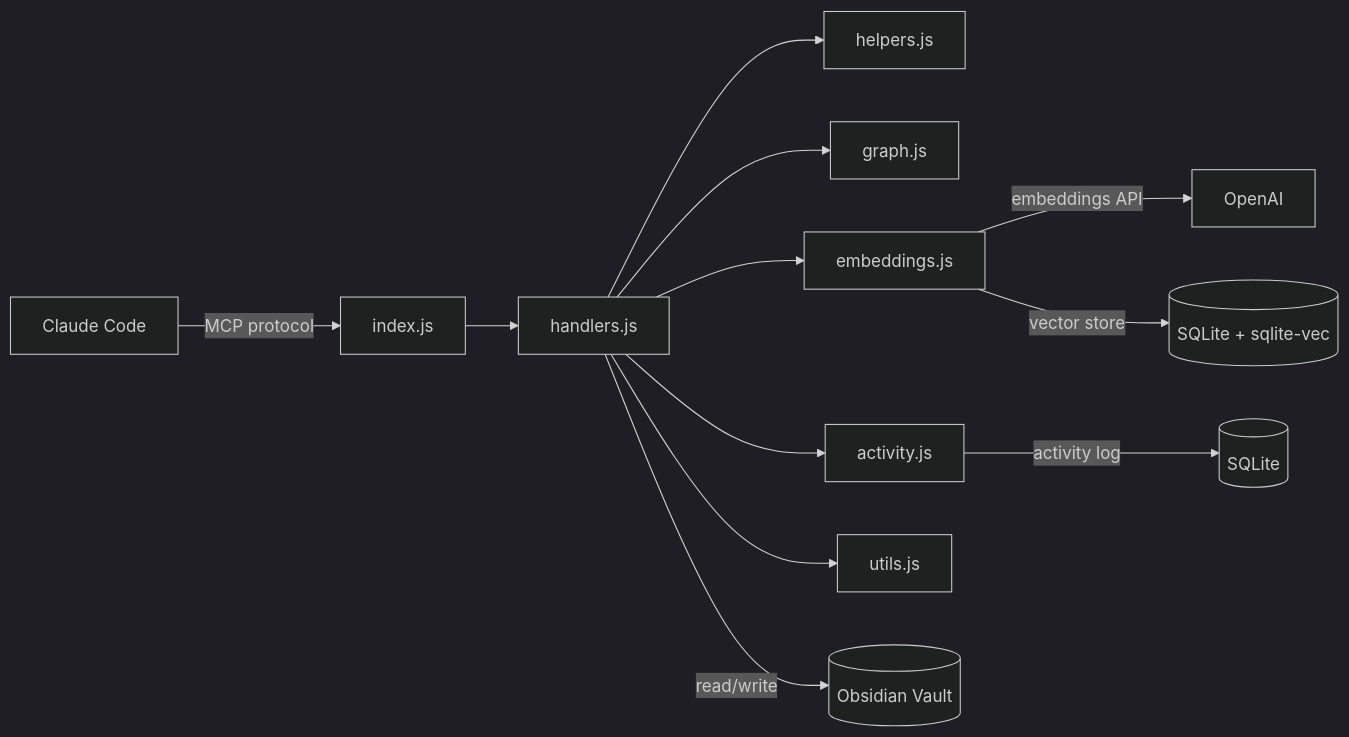
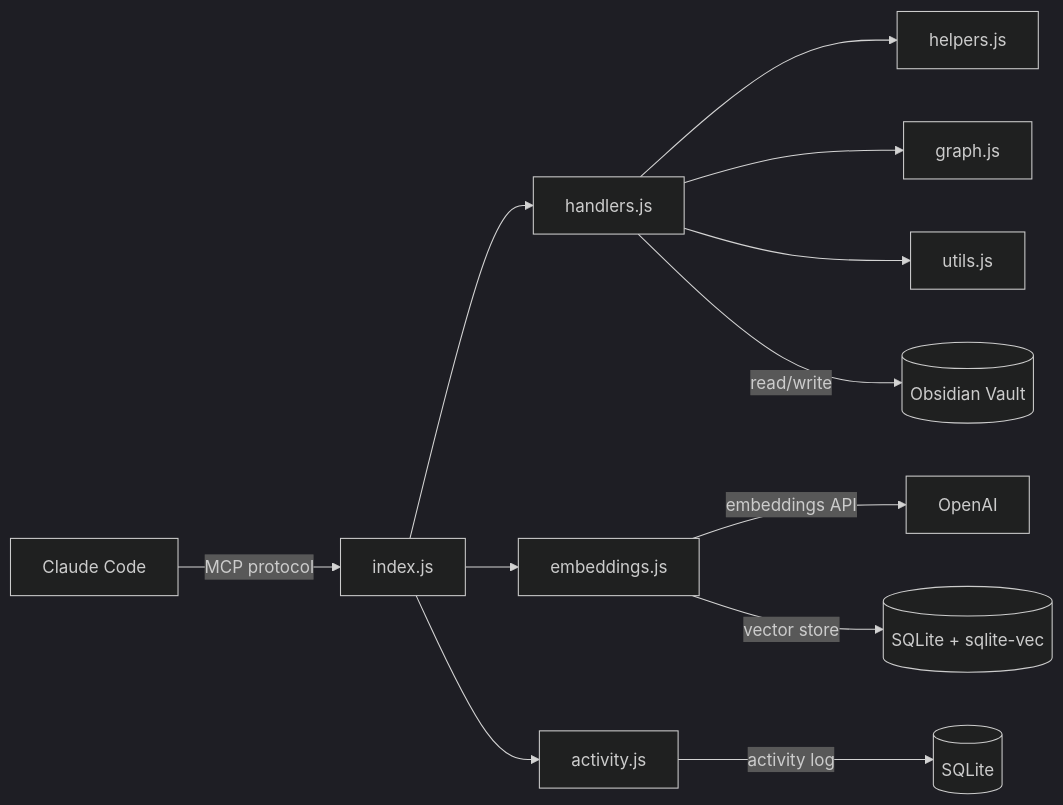
Before and after one commit to AdrianV101/obsidian-pkm-plugin: the diagram in README.md, drawn with Mermaid (dark theme). The commit also changed other lines of this file and 1 other file, not shown here.

Commit message:
docs: update README architecture diagram and file layout for plugin structure

````diff
--- a/README.md
+++ b/README.md
@@ -203,14 +205,14 @@
 ```mermaid
 graph LR
     CC[Claude Code] -->|MCP protocol| IDX[index.js]
     IDX --> HND[handlers.js]
+    IDX --> E[embeddings.js]
+    IDX --> A[activity.js]
     HND --> H[helpers.js]
     HND --> G[graph.js]
-    HND --> E[embeddings.js]
-    HND --> A[activity.js]
     HND --> U[utils.js]
     HND -->|read/write| V[(Obsidian Vault)]
     E -->|embeddings API| OAI[OpenAI]
     E -->|vector store| DB[(SQLite + sqlite-vec)]
     A -->|activity log| DB2[(SQLite)]
 ```
````
